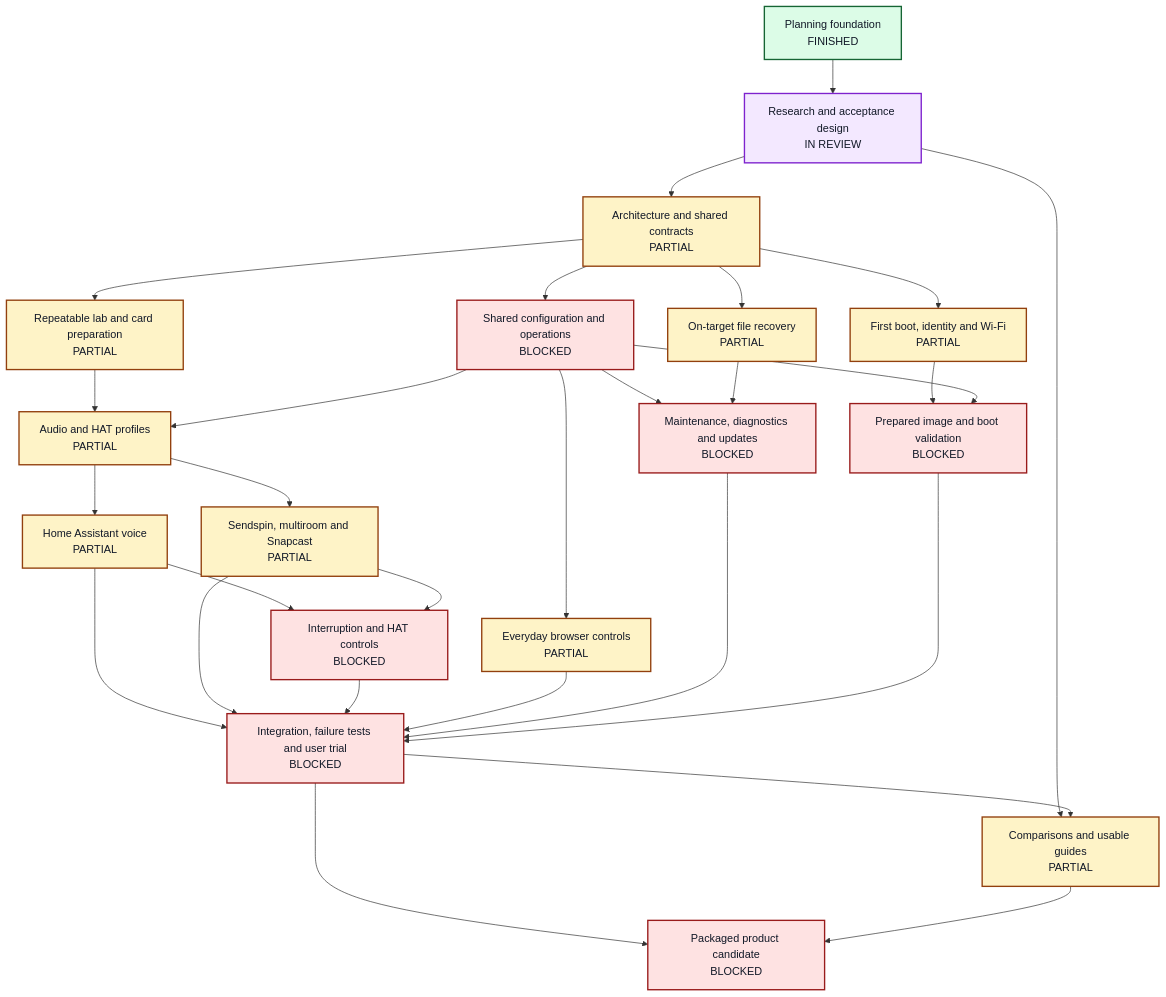
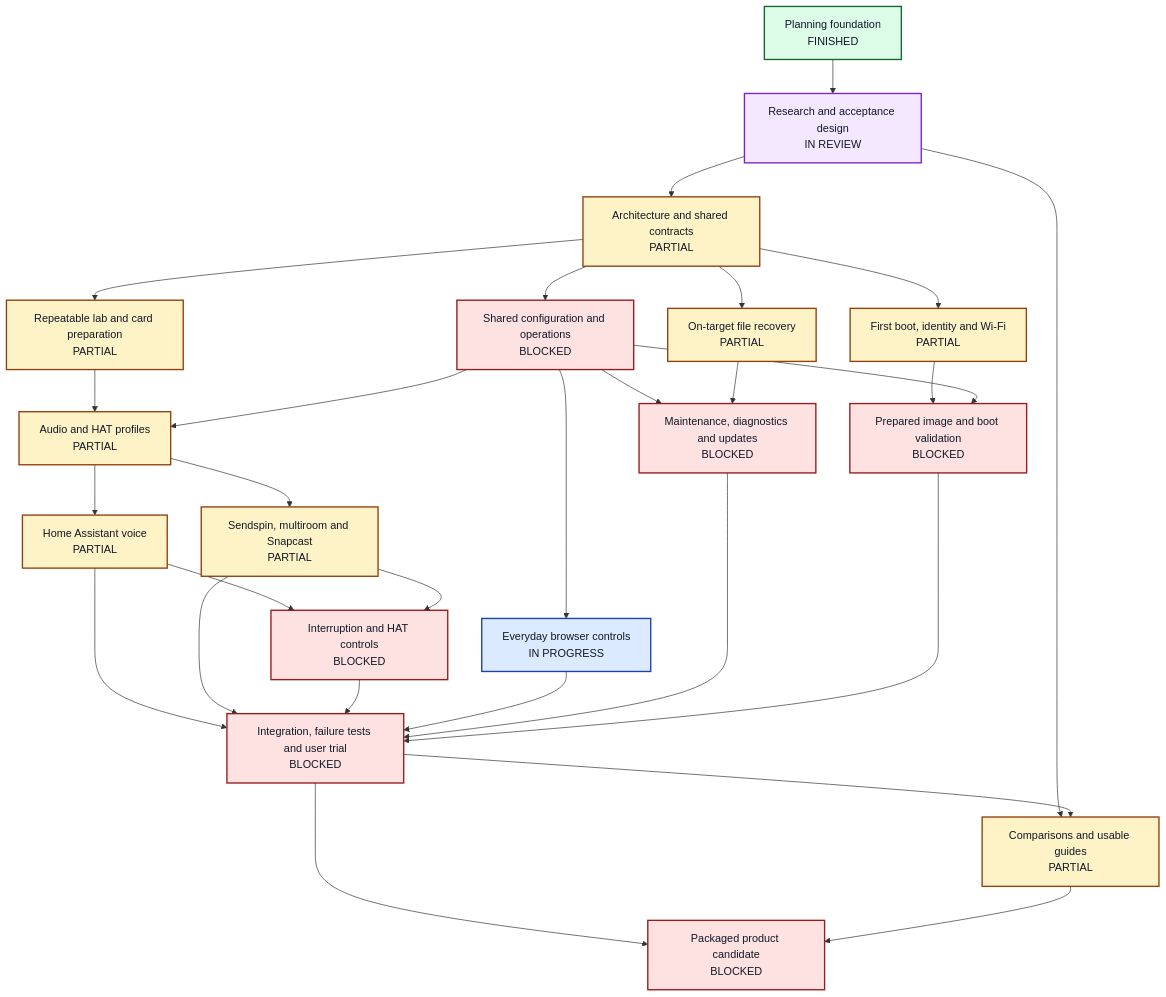
The first of 17 diagrams in docs/progress.md (Joldiges/debra), drawn with Mermaid before and after one commit. The commit also changed other lines of this file and 1 other file, not shown here.

````diff
--- a/docs/progress.md
+++ b/docs/progress.md
@@ -43,53 +43,53 @@
 ```mermaid
 flowchart TD
     plan["Planning foundation<br/>FINISHED"]:::finished
     research["Research and acceptance design<br/>IN REVIEW"]:::review
     contracts["Architecture and shared contracts<br/>PARTIAL"]:::partial
     lab["Repeatable lab and card preparation<br/>PARTIAL"]:::partial
     setup["First boot, identity and Wi-Fi<br/>PARTIAL"]:::partial
     recovery["On-target file recovery<br/>PARTIAL"]:::partial
     core["Shared configuration and operations<br/>BLOCKED"]:::blocked
     audio["Audio and HAT profiles<br/>PARTIAL"]:::partial
     voice["Home Assistant voice<br/>PARTIAL"]:::partial
     music["Sendspin, multiroom and Snapcast<br/>PARTIAL"]:::partial
     coexist["Interruption and HAT controls<br/>BLOCKED"]:::blocked
-    browser["Everyday browser controls<br/>PARTIAL"]:::partial
+    browser["Everyday browser controls<br/>IN PROGRESS"]:::running
     maintenance["Maintenance, diagnostics and updates<br/>BLOCKED"]:::blocked
     image["Prepared image and boot validation<br/>BLOCKED"]:::blocked
     testing["Integration, failure tests and user trial<br/>BLOCKED"]:::blocked
     guides["Comparisons and usable guides<br/>PARTIAL"]:::partial
     candidate["Packaged product candidate<br/>BLOCKED"]:::blocked
     plan --> research
     research --> contracts
     contracts --> core
     contracts --> lab
     contracts --> setup
     contracts --> recovery
     lab --> audio
     core --> audio
     audio --> voice
     audio --> music
     voice --> coexist
     music --> coexist
     core --> browser
     core --> maintenance
     recovery --> maintenance
     setup --> image
     core --> image
     voice --> testing
     music --> testing
     coexist --> testing
     browser --> testing
     maintenance --> testing
     image --> testing
     research --> guides
     testing --> guides
     testing --> candidate
     guides --> candidate
     classDef finished fill:#dcfce7,stroke:#166534,color:#111827,stroke-width:2px;
     classDef running fill:#dbeafe,stroke:#1e40af,color:#111827,stroke-width:2px;
     classDef review fill:#f3e8ff,stroke:#7e22ce,color:#111827,stroke-width:2px;
     classDef partial fill:#fef3c7,stroke:#92400e,color:#111827,stroke-width:2px;
     classDef blocked fill:#fee2e2,stroke:#991b1b,color:#111827,stroke-width:2px;
     classDef untouched fill:#f1f5f9,stroke:#475569,color:#111827,stroke-width:2px;
 ```
````
